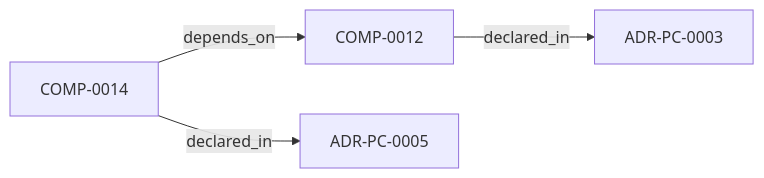
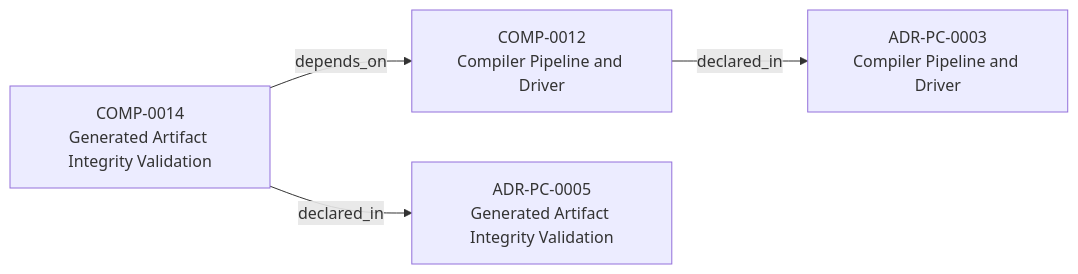
The first of 3 diagrams in adrs/adr-projection/physical-component/ADR-PC-0005-generated-artifact-integrity-validation.md (egallmann/adr-architecture-kit), drawn with Mermaid before and after one commit. The commit also changed other lines of this file and 35 other files, not shown here.

````diff
--- a/adrs/adr-projection/physical-component/ADR-PC-0005-generated-artifact-integrity-validation.md
+++ b/adrs/adr-projection/physical-component/ADR-PC-0005-generated-artifact-integrity-validation.md
@@ -30,10 +58,10 @@
 ```mermaid
 flowchart LR
-  n_019fee89_e617_76ad_9336_b3615a6e4bde["COMP-0012"]
-  n_019fee89_e618_74b2_a83e_e41c7d8c9f37["ADR-PC-0005"]
-  n_019fee89_e618_781c_831f_0d5fe24f7d85["COMP-0014"]
-  n_019fee89_e618_7b76_843f_cfe21ceb2ea6["ADR-PC-0003"]
+  n_019fee89_e617_76ad_9336_b3615a6e4bde["COMP-0012<br/>Compiler Pipeline and Driver"]
+  n_019fee89_e618_74b2_a83e_e41c7d8c9f37["ADR-PC-0005<br/>Generated Artifact Integrity Validation"]
+  n_019fee89_e618_781c_831f_0d5fe24f7d85["COMP-0014<br/>Generated Artifact Integrity Validation"]
+  n_019fee89_e618_7b76_843f_cfe21ceb2ea6["ADR-PC-0003<br/>Compiler Pipeline and Driver"]
   n_019fee89_e617_76ad_9336_b3615a6e4bde -->|"declared_in"| n_019fee89_e618_7b76_843f_cfe21ceb2ea6
   n_019fee89_e618_781c_831f_0d5fe24f7d85 -->|"declared_in"| n_019fee89_e618_74b2_a83e_e41c7d8c9f37
   n_019fee89_e618_781c_831f_0d5fe24f7d85 -->|"depends_on"| n_019fee89_e617_76ad_9336_b3615a6e4bde
 ```
````
